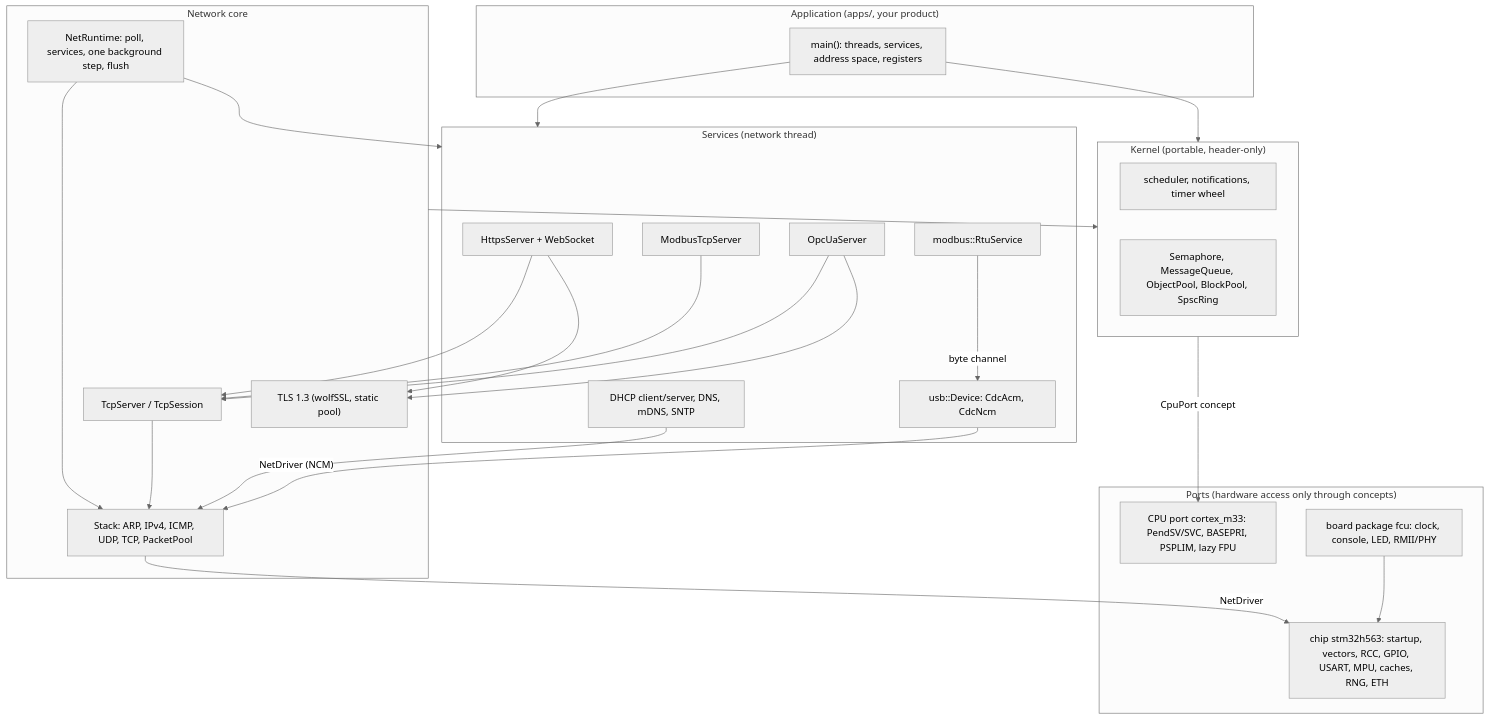
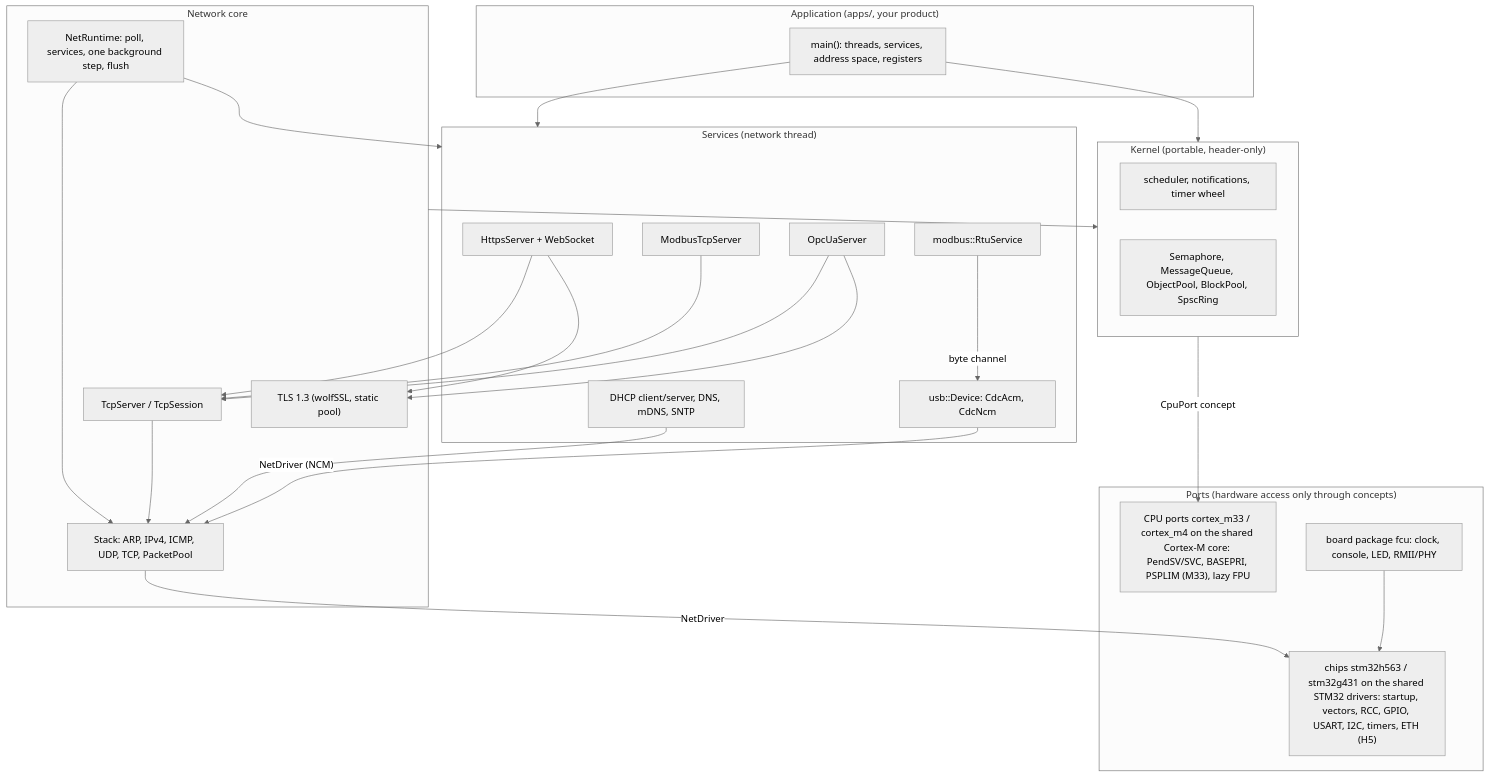
The first of 2 diagrams in docs/architecture.md (klaus-liebler/rtoos), drawn with Mermaid (neutral theme) before and after one commit. The commit also changed other lines of this file and 50 other files, not shown here.

First line of the commit message:
STM32G431 port: Cortex-M4 CPU port, chip package, QEMU and Renode models

````diff
--- a/docs/architecture.md
+++ b/docs/architecture.md
@@ -7,47 +7,47 @@
 ```mermaid
 flowchart TB
     subgraph App["Application (apps/, your product)"]
         main["main(): threads, services, address space, registers"]
     end
     subgraph Services["Services (network thread)"]
         https["HttpsServer + WebSocket"]
         modbus["ModbusTcpServer"]
         opcua["OpcUaServer"]
         infra["DHCP client/server, DNS, mDNS, SNTP"]
         usbdev["usb::Device: CdcAcm, CdcNcm"]
         rtu["modbus::RtuService"]
     end
     subgraph Net["Network core"]
         runtime["NetRuntime: poll, services, one background step, flush"]
         tcpserver["TcpServer / TcpSession"]
         stack["Stack: ARP, IPv4, ICMP, UDP, TCP, PacketPool"]
         tls["TLS 1.3 (wolfSSL, static pool)"]
     end
     subgraph Kernel["Kernel (portable, header-only)"]
         sched["scheduler, notifications, timer wheel"]
         sync["Semaphore, MessageQueue, ObjectPool, BlockPool, SpscRing"]
     end
     subgraph Port["Ports (hardware access only through concepts)"]
-        cm33["CPU port cortex_m33: PendSV/SVC, BASEPRI, PSPLIM, lazy FPU"]
-        chip["chip stm32h563: startup, vectors, RCC, GPIO, USART, MPU, caches, RNG, ETH"]
+        cm33["CPU ports cortex_m33 / cortex_m4 on the shared Cortex-M core: PendSV/SVC, BASEPRI, PSPLIM (M33), lazy FPU"]
+        chip["chips stm32h563 / stm32g431 on the shared STM32 drivers: startup, vectors, RCC, GPIO, USART, I2C, timers, ETH (H5)"]
         board["board package fcu: clock, console, LED, RMII/PHY"]
     end
 
     main --> Services
     main --> Kernel
     https --> tcpserver
     modbus --> tcpserver
     opcua --> tcpserver
     https --> tls
     opcua --> tls
     infra --> stack
     tcpserver --> stack
     usbdev -- "NetDriver (NCM)" --> stack
     rtu -- "byte channel" --> usbdev
     runtime --> stack
     runtime --> Services
     stack -- "NetDriver" --> chip
     Net --> Kernel
     Kernel -- "CpuPort concept" --> cm33
     board --> chip
 ```
````
